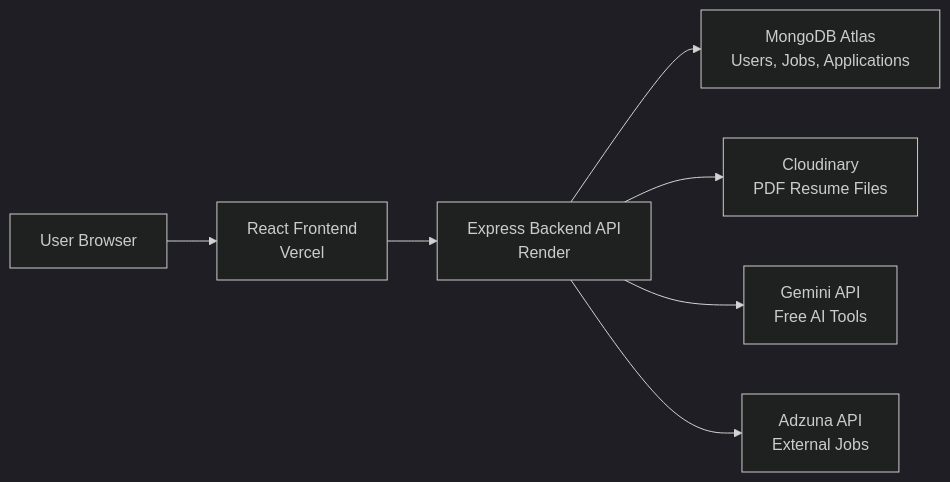
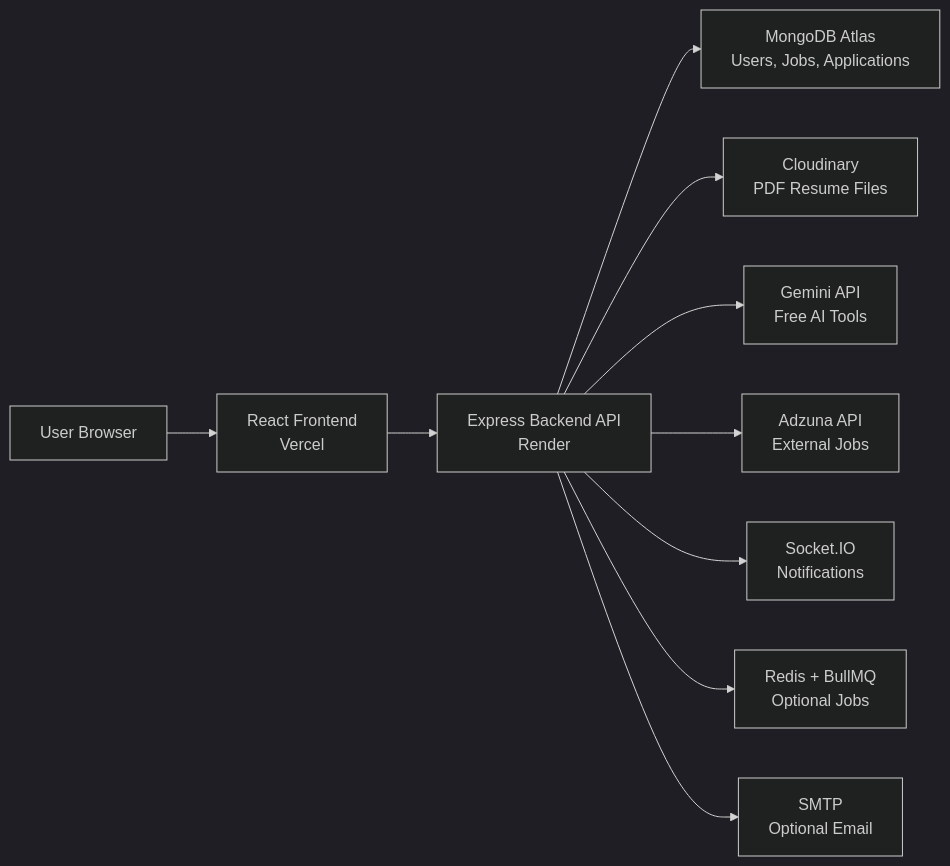
One commit to sgsatpute/Job-portal changed the first of 21 diagrams in docs/PROJECT_LEARNING_GUIDE.md. Above: the diagram before and after it, drawn with Mermaid (dark theme). The commit also changed other lines of this file and 2 other files, not shown here.

````diff
--- a/docs/PROJECT_LEARNING_GUIDE.md
+++ b/docs/PROJECT_LEARNING_GUIDE.md
@@ -33,17 +35,23 @@
 ```mermaid
 flowchart LR
   User["User Browser"]
   Frontend["React Frontend<br/>Vercel"]
   Backend["Express Backend API<br/>Render"]
   Mongo["MongoDB Atlas<br/>Users, Jobs, Applications"]
   Cloudinary["Cloudinary<br/>PDF Resume Files"]
   Gemini["Gemini API<br/>Free AI Tools"]
   Adzuna["Adzuna API<br/>External Jobs"]
+  Socket["Socket.IO<br/>Notifications"]
+  Redis["Redis + BullMQ<br/>Optional Jobs"]
+  SMTP["SMTP<br/>Optional Email"]
 
   User --> Frontend
   Frontend --> Backend
   Backend --> Mongo
   Backend --> Cloudinary
   Backend --> Gemini
   Backend --> Adzuna
+  Backend --> Socket
+  Backend --> Redis
+  Backend --> SMTP
 ```
````
